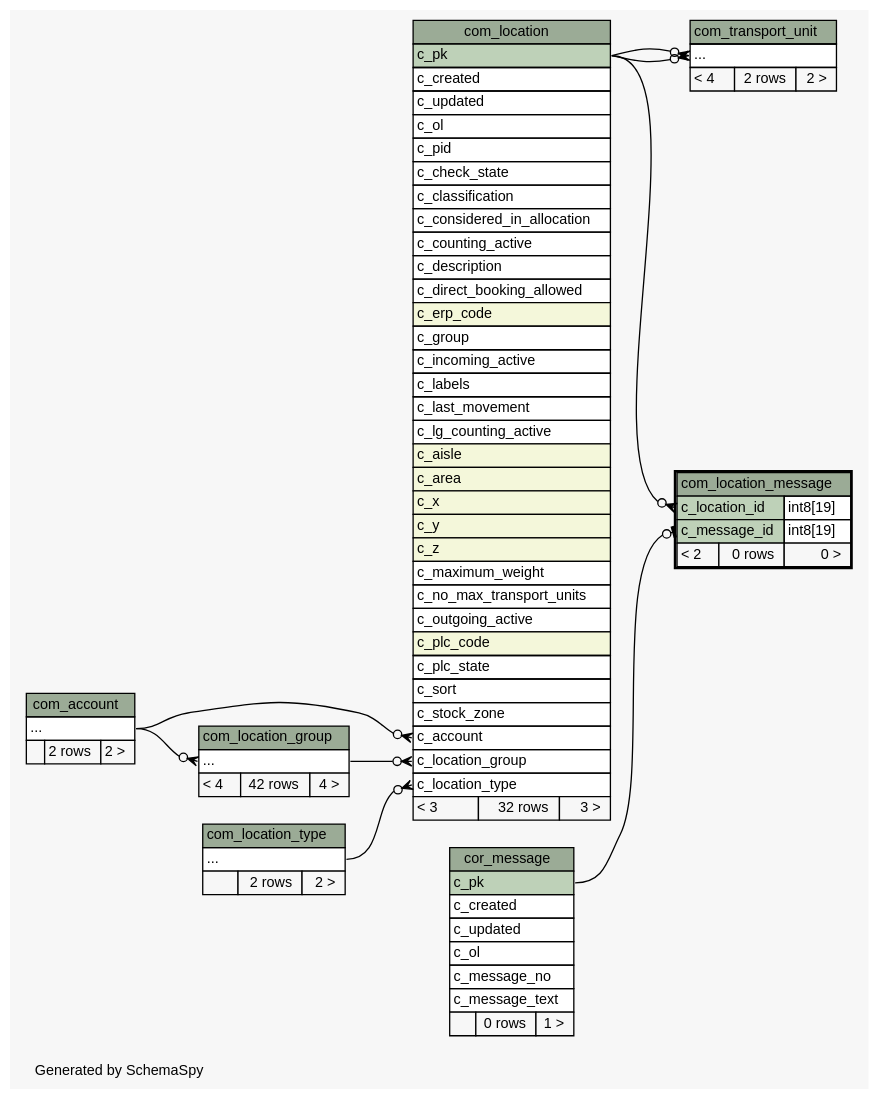
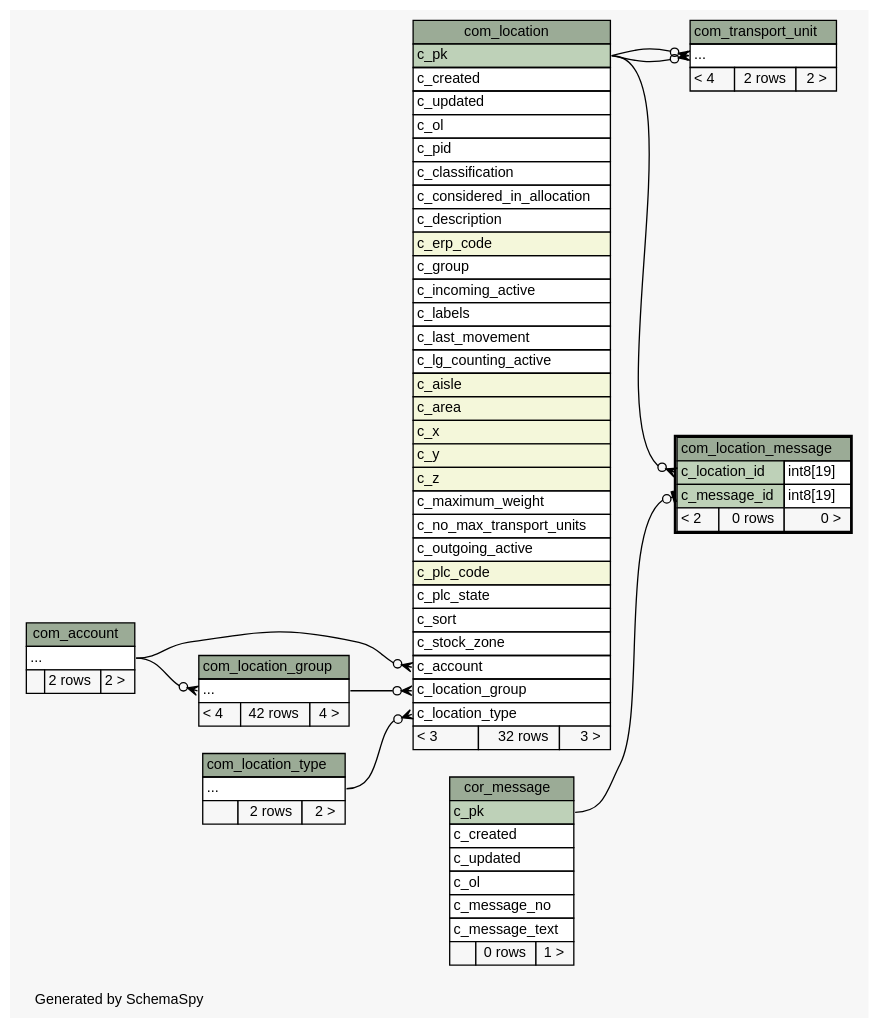
Before and after one commit to openwms/org.openwms.common.service.lib: the diagram in 2.0.0-SNAPSHOT/schemaspy/diagrams/com_location_message.2degrees.dot, drawn with Graphviz. The commit also changed 504 other files, not shown here.

```diff
--- a/2.0.0-SNAPSHOT/schemaspy/diagrams/com_location_message.2degrees.dot
+++ b/2.0.0-SNAPSHOT/schemaspy/diagrams/com_location_message.2degrees.dot
@@ -1,137 +1,134 @@
 // dot 2.43.0 on Linux 5.11.0-1025-azure
 // SchemaSpy rev Unknown
 digraph "twoDegreesRelationshipsDiagram" {
   graph [
     rankdir="RL"
     bgcolor="#f7f7f7"
     label="\nGenerated by SchemaSpy"
     labeljust="l"
     nodesep="0.18"
     ranksep="0.46"
     fontname="Helvetica"
     fontsize="11"
   ];
   node [
     fontname="Helvetica"
     fontsize="11"
     shape="plaintext"
   ];
   edge [
     arrowsize="0.8"
   ];
   "com_location":"c_account":w -> "com_account":"elipses":e [arrowhead=none dir=back arrowtail=crowodot];
   "com_location":"c_location_group":w -> "com_location_group":"elipses":e [arrowhead=none dir=back arrowtail=crowodot];
   "com_location":"c_location_type":w -> "com_location_type":"elipses":e [arrowhead=none dir=back arrowtail=crowodot];
   "com_location_group":"elipses":w -> "com_account":"elipses":e [arrowhead=none dir=back arrowtail=crowodot];
   "com_location_message":"c_location_id":w -> "com_location":"c_pk":e [arrowhead=none dir=back arrowtail=crowodot];
   "com_location_message":"c_message_id":w -> "cor_message":"c_pk":e [arrowhead=none dir=back arrowtail=teeodot];
   "com_transport_unit":"elipses":w -> "com_location":"c_pk":e [arrowhead=none dir=back arrowtail=crowodot];
   "com_transport_unit":"elipses":w -> "com_location":"c_pk":e [arrowhead=none dir=back arrowtail=crowodot];
   "com_account" [
     label=<
     <TABLE BORDER="0" CELLBORDER="1" CELLSPACING="0" BGCOLOR="#ffffff">
       <TR><TD COLSPAN="3" BGCOLOR="#9bab96" ALIGN="CENTER">com_account</TD></TR>
       <TR><TD PORT="elipses" COLSPAN="3" ALIGN="LEFT">...</TD></TR>
       <TR><TD ALIGN="LEFT" BGCOLOR="#f7f7f7">  </TD><TD ALIGN="RIGHT" BGCOLOR="#f7f7f7">2 rows</TD><TD ALIGN="RIGHT" BGCOLOR="#f7f7f7">2 &gt;</TD></TR>
     </TABLE>>
     URL="com_account.html"
     tooltip="com_account"
   ];
   "com_location" [
     label=<
     <TABLE BORDER="0" CELLBORDER="1" CELLSPACING="0" BGCOLOR="#ffffff">
       <TR><TD COLSPAN="3" BGCOLOR="#9bab96" ALIGN="CENTER">com_location</TD></TR>
       <TR><TD PORT="c_pk" COLSPAN="3" BGCOLOR="#bed1b8" ALIGN="LEFT">c_pk</TD></TR>
       <TR><TD PORT="c_created" COLSPAN="3" ALIGN="LEFT">c_created</TD></TR>
       <TR><TD PORT="c_updated" COLSPAN="3" ALIGN="LEFT">c_updated</TD></TR>
       <TR><TD PORT="c_ol" COLSPAN="3" ALIGN="LEFT">c_ol</TD></TR>
       <TR><TD PORT="c_pid" COLSPAN="3" ALIGN="LEFT">c_pid</TD></TR>
-      <TR><TD PORT="c_check_state" COLSPAN="3" ALIGN="LEFT">c_check_state</TD></TR>
       <TR><TD PORT="c_classification" COLSPAN="3" ALIGN="LEFT">c_classification</TD></TR>
       <TR><TD PORT="c_considered_in_allocation" COLSPAN="3" ALIGN="LEFT">c_considered_in_allocation</TD></TR>
-      <TR><TD PORT="c_counting_active" COLSPAN="3" ALIGN="LEFT">c_counting_active</TD></TR>
       <TR><TD PORT="c_description" COLSPAN="3" ALIGN="LEFT">c_description</TD></TR>
-      <TR><TD PORT="c_direct_booking_allowed" COLSPAN="3" ALIGN="LEFT">c_direct_booking_allowed</TD></TR>
       <TR><TD PORT="c_erp_code" COLSPAN="3" BGCOLOR="#f4f7da" ALIGN="LEFT">c_erp_code</TD></TR>
       <TR><TD PORT="c_group" COLSPAN="3" ALIGN="LEFT">c_group</TD></TR>
       <TR><TD PORT="c_incoming_active" COLSPAN="3" ALIGN="LEFT">c_incoming_active</TD></TR>
       <TR><TD PORT="c_labels" COLSPAN="3" ALIGN="LEFT">c_labels</TD></TR>
       <TR><TD PORT="c_last_movement" COLSPAN="3" ALIGN="LEFT">c_last_movement</TD></TR>
       <TR><TD PORT="c_lg_counting_active" COLSPAN="3" ALIGN="LEFT">c_lg_counting_active</TD></TR>
       <TR><TD PORT="c_aisle" COLSPAN="3" BGCOLOR="#f4f7da" ALIGN="LEFT">c_aisle</TD></TR>
       <TR><TD PORT="c_area" COLSPAN="3" BGCOLOR="#f4f7da" ALIGN="LEFT">c_area</TD></TR>
       <TR><TD PORT="c_x" COLSPAN="3" BGCOLOR="#f4f7da" ALIGN="LEFT">c_x</TD></TR>
       <TR><TD PORT="c_y" COLSPAN="3" BGCOLOR="#f4f7da" ALIGN="LEFT">c_y</TD></TR>
       <TR><TD PORT="c_z" COLSPAN="3" BGCOLOR="#f4f7da" ALIGN="LEFT">c_z</TD></TR>
       <TR><TD PORT="c_maximum_weight" COLSPAN="3" ALIGN="LEFT">c_maximum_weight</TD></TR>
       <TR><TD PORT="c_no_max_transport_units" COLSPAN="3" ALIGN="LEFT">c_no_max_transport_units</TD></TR>
       <TR><TD PORT="c_outgoing_active" COLSPAN="3" ALIGN="LEFT">c_outgoing_active</TD></TR>
       <TR><TD PORT="c_plc_code" COLSPAN="3" BGCOLOR="#f4f7da" ALIGN="LEFT">c_plc_code</TD></TR>
       <TR><TD PORT="c_plc_state" COLSPAN="3" ALIGN="LEFT">c_plc_state</TD></TR>
       <TR><TD PORT="c_sort" COLSPAN="3" ALIGN="LEFT">c_sort</TD></TR>
       <TR><TD PORT="c_stock_zone" COLSPAN="3" ALIGN="LEFT">c_stock_zone</TD></TR>
       <TR><TD PORT="c_account" COLSPAN="3" ALIGN="LEFT">c_account</TD></TR>
       <TR><TD PORT="c_location_group" COLSPAN="3" ALIGN="LEFT">c_location_group</TD></TR>
       <TR><TD PORT="c_location_type" COLSPAN="3" ALIGN="LEFT">c_location_type</TD></TR>
       <TR><TD ALIGN="LEFT" BGCOLOR="#f7f7f7">&lt; 3</TD><TD ALIGN="RIGHT" BGCOLOR="#f7f7f7">32 rows</TD><TD ALIGN="RIGHT" BGCOLOR="#f7f7f7">3 &gt;</TD></TR>
     </TABLE>>
     URL="com_location.html"
     tooltip="com_location"
   ];
   "com_location_group" [
     label=<
     <TABLE BORDER="0" CELLBORDER="1" CELLSPACING="0" BGCOLOR="#ffffff">
       <TR><TD COLSPAN="3" BGCOLOR="#9bab96" ALIGN="CENTER">com_location_group</TD></TR>
       <TR><TD PORT="elipses" COLSPAN="3" ALIGN="LEFT">...</TD></TR>
       <TR><TD ALIGN="LEFT" BGCOLOR="#f7f7f7">&lt; 4</TD><TD ALIGN="RIGHT" BGCOLOR="#f7f7f7">42 rows</TD><TD ALIGN="RIGHT" BGCOLOR="#f7f7f7">4 &gt;</TD></TR>
     </TABLE>>
     URL="com_location_group.html"
     tooltip="com_location_group"
   ];
   "com_location_message" [
     label=<
     <TABLE BORDER="2" CELLBORDER="1" CELLSPACING="0" BGCOLOR="#ffffff">
       <TR><TD COLSPAN="3" BGCOLOR="#9bab96" ALIGN="CENTER">com_location_message</TD></TR>
       <TR><TD PORT="c_location_id" COLSPAN="2" BGCOLOR="#bed1b8" ALIGN="LEFT">c_location_id</TD><TD PORT="c_location_id.type" ALIGN="LEFT">int8[19]</TD></TR>
       <TR><TD PORT="c_message_id" COLSPAN="2" BGCOLOR="#bed1b8" ALIGN="LEFT">c_message_id</TD><TD PORT="c_message_id.type" ALIGN="LEFT">int8[19]</TD></TR>
       <TR><TD ALIGN="LEFT" BGCOLOR="#f7f7f7">&lt; 2</TD><TD ALIGN="RIGHT" BGCOLOR="#f7f7f7">0 rows</TD><TD ALIGN="RIGHT" BGCOLOR="#f7f7f7">0 &gt;</TD></TR>
     </TABLE>>
     URL="com_location_message.html"
     tooltip="com_location_message"
   ];
   "com_location_type" [
     label=<
     <TABLE BORDER="0" CELLBORDER="1" CELLSPACING="0" BGCOLOR="#ffffff">
       <TR><TD COLSPAN="3" BGCOLOR="#9bab96" ALIGN="CENTER">com_location_type</TD></TR>
       <TR><TD PORT="elipses" COLSPAN="3" ALIGN="LEFT">...</TD></TR>
       <TR><TD ALIGN="LEFT" BGCOLOR="#f7f7f7">  </TD><TD ALIGN="RIGHT" BGCOLOR="#f7f7f7">2 rows</TD><TD ALIGN="RIGHT" BGCOLOR="#f7f7f7">2 &gt;</TD></TR>
     </TABLE>>
     URL="com_location_type.html"
     tooltip="com_location_type"
   ];
   "com_transport_unit" [
     label=<
     <TABLE BORDER="0" CELLBORDER="1" CELLSPACING="0" BGCOLOR="#ffffff">
       <TR><TD COLSPAN="3" BGCOLOR="#9bab96" ALIGN="CENTER">com_transport_unit</TD></TR>
       <TR><TD PORT="elipses" COLSPAN="3" ALIGN="LEFT">...</TD></TR>
       <TR><TD ALIGN="LEFT" BGCOLOR="#f7f7f7">&lt; 4</TD><TD ALIGN="RIGHT" BGCOLOR="#f7f7f7">2 rows</TD><TD ALIGN="RIGHT" BGCOLOR="#f7f7f7">2 &gt;</TD></TR>
     </TABLE>>
     URL="com_transport_unit.html"
     tooltip="com_transport_unit"
   ];
   "cor_message" [
     label=<
     <TABLE BORDER="0" CELLBORDER="1" CELLSPACING="0" BGCOLOR="#ffffff">
       <TR><TD COLSPAN="3" BGCOLOR="#9bab96" ALIGN="CENTER">cor_message</TD></TR>
       <TR><TD PORT="c_pk" COLSPAN="3" BGCOLOR="#bed1b8" ALIGN="LEFT">c_pk</TD></TR>
       <TR><TD PORT="c_created" COLSPAN="3" ALIGN="LEFT">c_created</TD></TR>
       <TR><TD PORT="c_updated" COLSPAN="3" ALIGN="LEFT">c_updated</TD></TR>
       <TR><TD PORT="c_ol" COLSPAN="3" ALIGN="LEFT">c_ol</TD></TR>
       <TR><TD PORT="c_message_no" COLSPAN="3" ALIGN="LEFT">c_message_no</TD></TR>
       <TR><TD PORT="c_message_text" COLSPAN="3" ALIGN="LEFT">c_message_text</TD></TR>
       <TR><TD ALIGN="LEFT" BGCOLOR="#f7f7f7">  </TD><TD ALIGN="RIGHT" BGCOLOR="#f7f7f7">0 rows</TD><TD ALIGN="RIGHT" BGCOLOR="#f7f7f7">1 &gt;</TD></TR>
     </TABLE>>
     URL="cor_message.html"
     tooltip="cor_message"
   ];
 }
```
